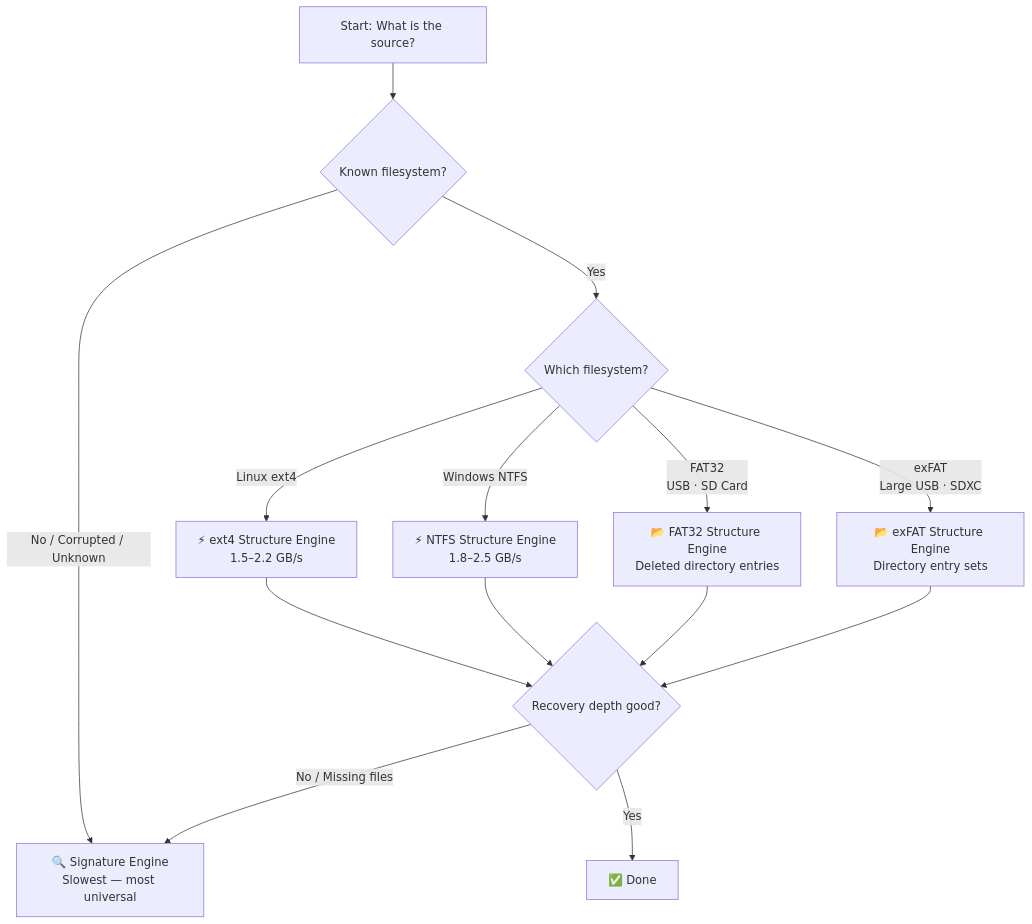
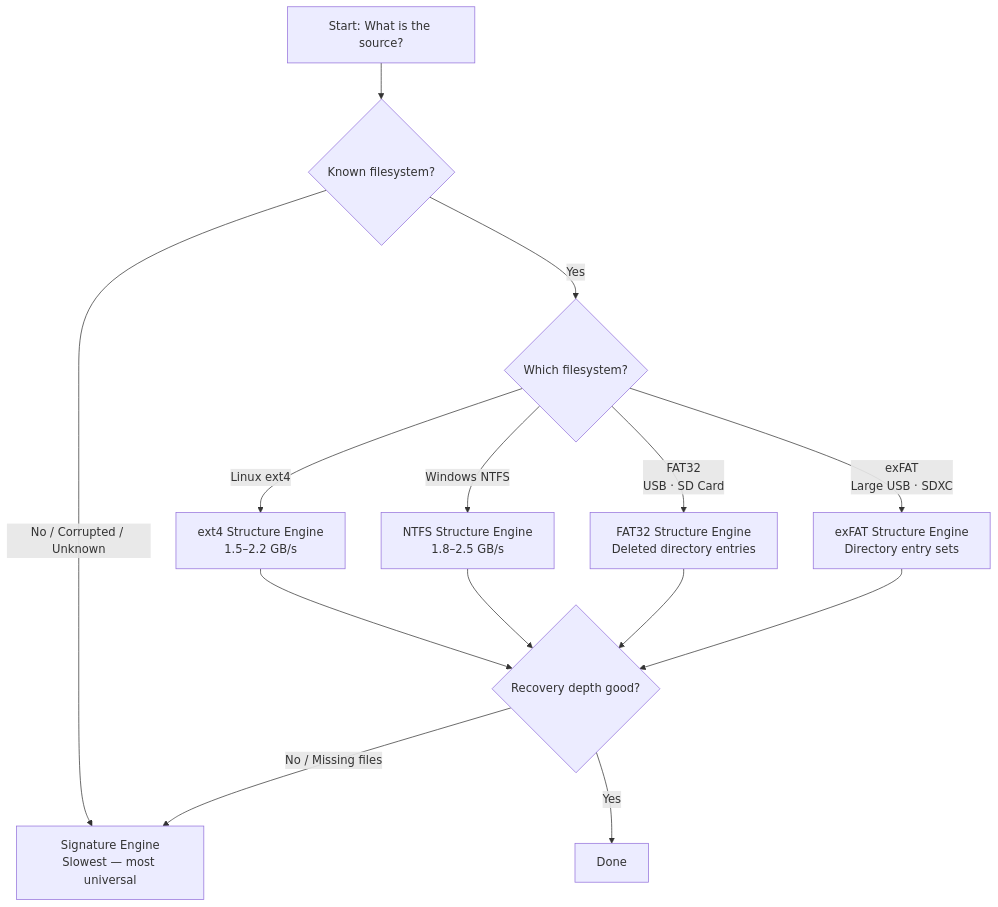
One commit to kartik2005221/s0 changed the first of 2 diagrams in docs/forensic-carving-guide.md. Above: the diagram before and after it, drawn with Mermaid. The commit also changed 11 other files, not shown here.

````diff
--- a/docs/forensic-carving-guide.md
+++ b/docs/forensic-carving-guide.md
@@ -59,16 +59,16 @@
 ```mermaid
 flowchart TD
     A[Start: What is the source?] --> B{Known filesystem?}
-    B -- No / Corrupted / Unknown --> SIG["🔍 Signature Engine\nSlowest — most universal"]
+    B -- No / Corrupted / Unknown --> SIG["Signature Engine\nSlowest — most universal"]
     B -- Yes --> C{Which filesystem?}
-    C -- Linux ext4 --> EXT4["⚡ ext4 Structure Engine\n1.5–2.2 GB/s"]
-    C -- Windows NTFS --> NTFS["⚡ NTFS Structure Engine\n1.8–2.5 GB/s"]
-    C -- "FAT32\nUSB · SD Card" --> FAT["📂 FAT32 Structure Engine\nDeleted directory entries"]
-    C -- "exFAT\nLarge USB · SDXC" --> EXFAT["📂 exFAT Structure Engine\nDirectory entry sets"]
+    C -- Linux ext4 --> EXT4["ext4 Structure Engine\n1.5–2.2 GB/s"]
+    C -- Windows NTFS --> NTFS["NTFS Structure Engine\n1.8–2.5 GB/s"]
+    C -- "FAT32\nUSB · SD Card" --> FAT["FAT32 Structure Engine\nDeleted directory entries"]
+    C -- "exFAT\nLarge USB · SDXC" --> EXFAT["exFAT Structure Engine\nDirectory entry sets"]
     EXT4 --> D{Recovery depth good?}
     NTFS --> D
     FAT --> D
     EXFAT --> D
-    D -- Yes --> DONE[✅ Done]
+    D -- Yes --> DONE[Done]
     D -- No / Missing files --> SIG
 ```
````
